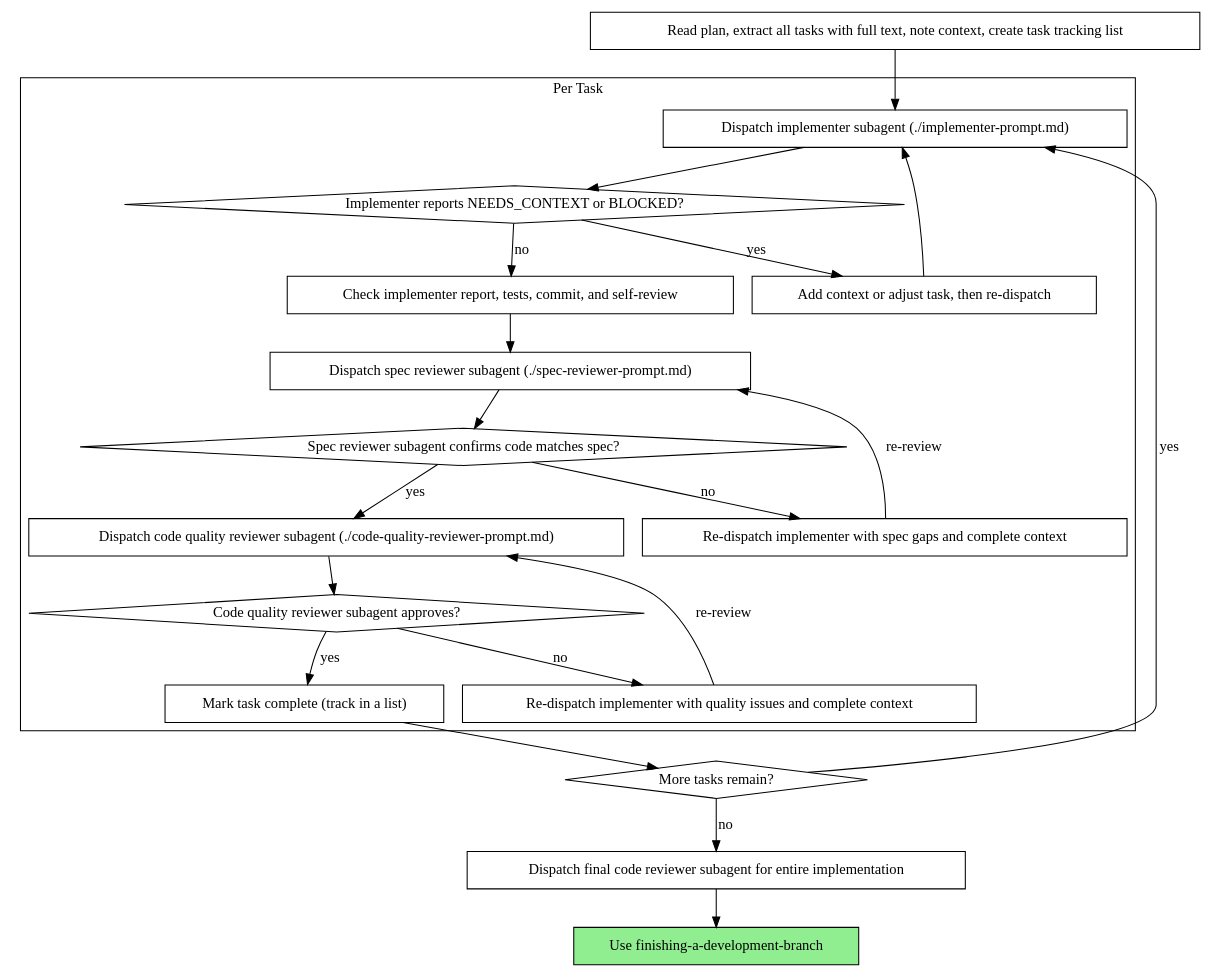
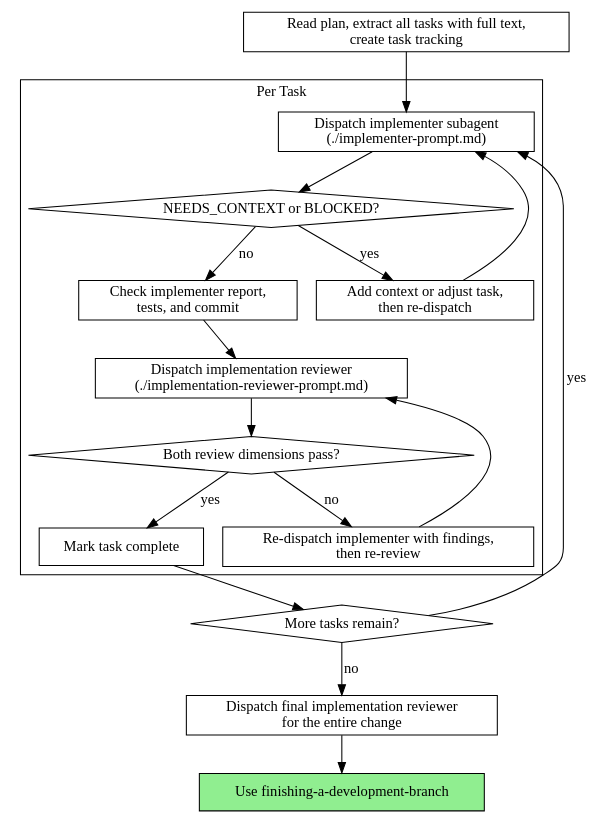
Before and after one commit to naripok/tau-superpowers: the second of 2 diagrams in skills/subagent-driven-development/SKILL.md, drawn with Graphviz. The commit also changed other lines of this file and 6 other files, not shown here.

First line of the commit message:
docs: merge per-task review into one two-dimension pass

````diff
--- a/skills/subagent-driven-development/SKILL.md
+++ b/skills/subagent-driven-development/SKILL.md
@@ -48,44 +41,37 @@
 ```dot
 digraph process {
     rankdir=TB;
 
     subgraph cluster_per_task {
         label="Per Task";
-        "Dispatch implementer subagent (./implementer-prompt.md)" [shape=box];
-        "Implementer reports NEEDS_CONTEXT or BLOCKED?" [shape=diamond];
-        "Add context or adjust task, then re-dispatch" [shape=box];
-        "Check implementer report, tests, commit, and self-review" [shape=box];
-        "Dispatch spec reviewer subagent (./spec-reviewer-prompt.md)" [shape=box];
-        "Spec reviewer subagent confirms code matches spec?" [shape=diamond];
-        "Re-dispatch implementer with spec gaps and complete context" [shape=box];
-        "Dispatch code quality reviewer subagent (./code-quality-reviewer-prompt.md)" [shape=box];
-        "Code quality reviewer subagent approves?" [shape=diamond];
-        "Re-dispatch implementer with quality issues and complete context" [shape=box];
-        "Mark task complete (track in a list)" [shape=box];
+        "Dispatch implementer subagent\n(./implementer-prompt.md)" [shape=box];
+        "NEEDS_CONTEXT or BLOCKED?" [shape=diamond];
+        "Add context or adjust task,\nthen re-dispatch" [shape=box];
+        "Check implementer report,\ntests, and commit" [shape=box];
+        "Dispatch implementation reviewer\n(./implementation-reviewer-prompt.md)" [shape=box];
+        "Both review dimensions pass?" [shape=diamond];
+        "Re-dispatch implementer with findings,\nthen re-review" [shape=box];
+        "Mark task complete" [shape=box];
     }
 
-    "Read plan, extract all tasks with full text, note context, create task tracking list" [shape=box];
+    "Read plan, extract all tasks with full text,\ncreate task tracking" [shape=box];
     "More tasks remain?" [shape=diamond];
-    "Dispatch final code reviewer subagent for entire implementation" [shape=box];
-    "Use finishing-a-development-branch" [shape=box style=filled fillcolor=lightgreen];
+    "Dispatch final implementation reviewer\nfor the entire change" [shape=box];
+    "Use finishing-a-development-branch" [shape=box, style=filled, fillcolor=lightgreen];
 
-    "Read plan, extract all tasks with full text, note context, create task tracking list" -> "Dispatch implementer subagent (./implementer-prompt.md)";
-    "Dispatch implementer subagent (./implementer-prompt.md)" -> "Implementer reports NEEDS_CONTEXT or BLOCKED?";
-    "Implementer reports NEEDS_CONTEXT or BLOCKED?" -> "Add context or adjust task, then re-dispatch" [label="yes"];
-    "Add context or adjust task, then re-dispatch" -> "Dispatch implementer subagent (./implementer-prompt.md)";
-    "Implementer reports NEEDS_CONTEXT or BLOCKED?" -> "Check implementer report, tests, commit, and self-review" [label="no"];
-    "Check implementer report, tests, commit, and self-review" -> "Dispatch spec reviewer subagent (./spec-reviewer-prompt.md)";
-    "Dispatch spec reviewer subagent (./spec-reviewer-prompt.md)" -> "Spec reviewer subagent confirms code matches spec?";
-    "Spec reviewer subagent confirms code matches spec?" -> "Re-dispatch implementer with spec gaps and complete context" [label="no"];
-    "Re-dispatch implementer with spec gaps and complete context" -> "Dispatch spec reviewer subagent (./spec-reviewer-prompt.md)" [label="re-review"];
-    "Spec reviewer subagent confirms code matches spec?" -> "Dispatch code quality reviewer subagent (./code-quality-reviewer-prompt.md)" [label="yes"];
-    "Dispatch code quality reviewer subagent (./code-quality-reviewer-prompt.md)" -> "Code quality reviewer subagent approves?";
-    "Code quality reviewer subagent approves?" -> "Re-dispatch implementer with quality issues and complete context" [label="no"];
-    "Re-dispatch implementer with quality issues and complete context" -> "Dispatch code quality reviewer subagent (./code-quality-reviewer-prompt.md)" [label="re-review"];
-    "Code quality reviewer subagent approves?" -> "Mark task complete (track in a list)" [label="yes"];
-    "Mark task complete (track in a list)" -> "More tasks remain?";
-    "More tasks remain?" -> "Dispatch implementer subagent (./implementer-prompt.md)" [label="yes"];
-    "More tasks remain?" -> "Dispatch final code reviewer subagent for entire implementation" [label="no"];
-    "Dispatch final code reviewer subagent for entire implementation" -> "Use finishing-a-development-branch";
+    "Read plan, extract all tasks with full text,\ncreate task tracking" -> "Dispatch implementer subagent\n(./implementer-prompt.md)";
+    "Dispatch implementer subagent\n(./implementer-prompt.md)" -> "NEEDS_CONTEXT or BLOCKED?";
+    "NEEDS_CONTEXT or BLOCKED?" -> "Add context or adjust task,\nthen re-dispatch" [label="yes"];
+    "Add context or adjust task,\nthen re-dispatch" -> "Dispatch implementer subagent\n(./implementer-prompt.md)";
+    "NEEDS_CONTEXT or BLOCKED?" -> "Check implementer report,\ntests, and commit" [label="no"];
+    "Check implementer report,\ntests, and commit" -> "Dispatch implementation reviewer\n(./implementation-reviewer-prompt.md)";
+    "Dispatch implementation reviewer\n(./implementation-reviewer-prompt.md)" -> "Both review dimensions pass?";
+    "Both review dimensions pass?" -> "Re-dispatch implementer with findings,\nthen re-review" [label="no"];
+    "Re-dispatch implementer with findings,\nthen re-review" -> "Dispatch implementation reviewer\n(./implementation-reviewer-prompt.md)";
+    "Both review dimensions pass?" -> "Mark task complete" [label="yes"];
+    "Mark task complete" -> "More tasks remain?";
+    "More tasks remain?" -> "Dispatch implementer subagent\n(./implementer-prompt.md)" [label="yes"];
+    "More tasks remain?" -> "Dispatch final implementation reviewer\nfor the entire change" [label="no"];
+    "Dispatch final implementation reviewer\nfor the entire change" -> "Use finishing-a-development-branch";
 }
 ```
````
